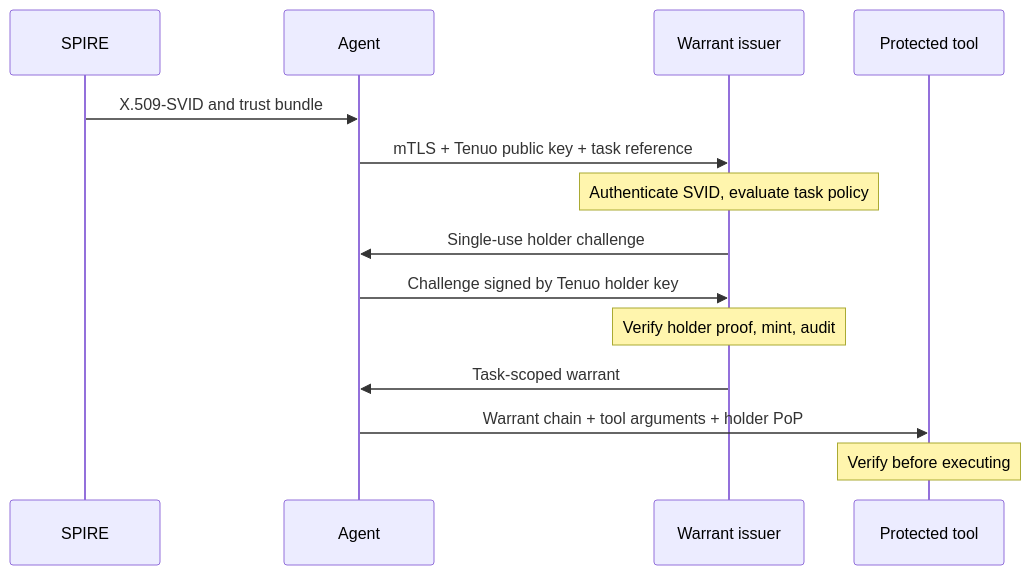
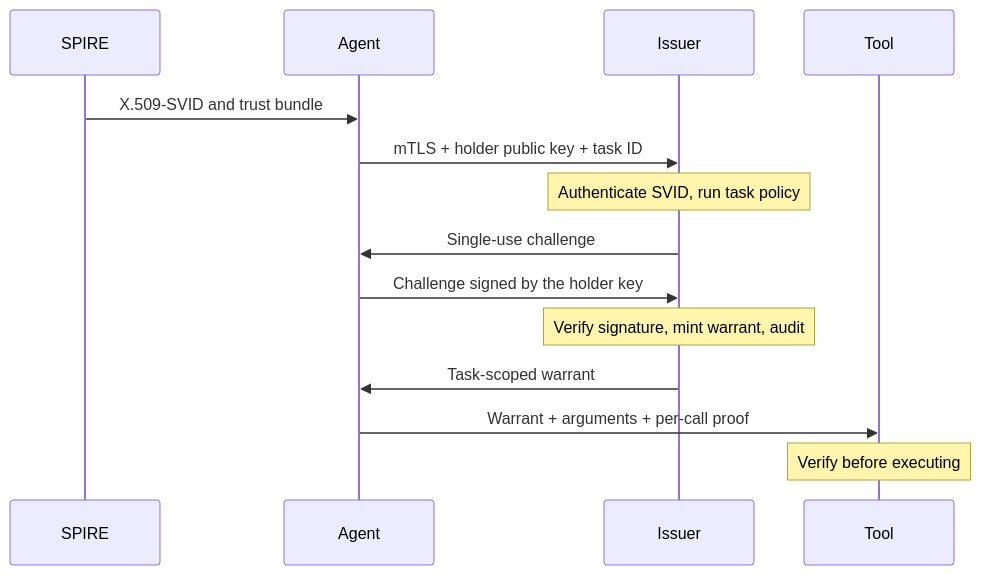
Before and after one commit to tenuo-ai/tenuo: the diagram in docs/spiffe.md, drawn with Mermaid. The commit also changed other lines of this file and 3 other files, not shown here.

````diff
--- a/docs/spiffe.md
+++ b/docs/spiffe.md
@@ -14,16 +36,16 @@
 ```mermaid
 sequenceDiagram
     participant S as SPIRE
     participant A as Agent
-    participant I as Warrant issuer
-    participant T as Protected tool
+    participant I as Issuer
+    participant T as Tool
     S->>A: X.509-SVID and trust bundle
-    A->>I: mTLS + Tenuo public key + task reference
-    Note over I: Authenticate SVID, evaluate task policy
-    I->>A: Single-use holder challenge
-    A->>I: Challenge signed by Tenuo holder key
-    Note over I: Verify holder proof, mint, audit
+    A->>I: mTLS + holder public key + task ID
+    Note over I: Authenticate SVID, run task policy
+    I->>A: Single-use challenge
+    A->>I: Challenge signed by the holder key
+    Note over I: Verify signature, mint warrant, audit
     I->>A: Task-scoped warrant
-    A->>T: Warrant chain + tool arguments + holder PoP
+    A->>T: Warrant + arguments + per-call proof
     Note over T: Verify before executing
 ```
````
